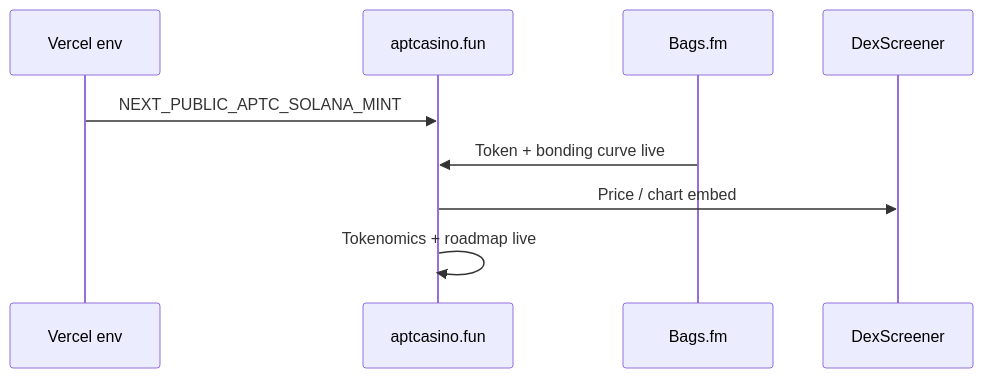
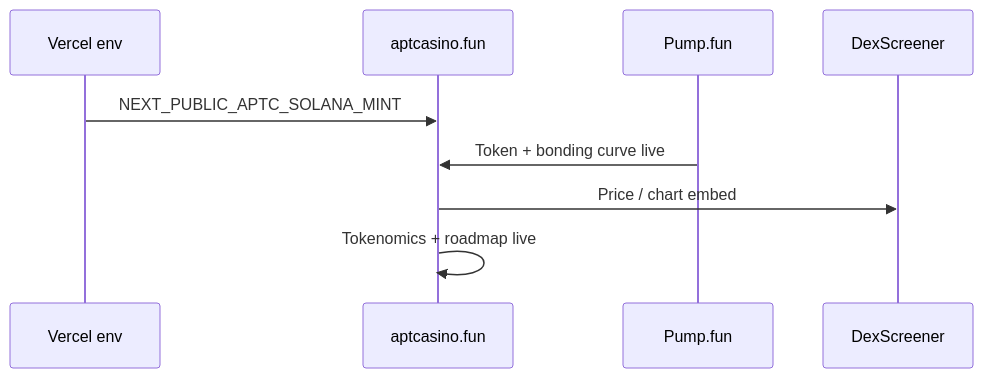
Before and after one commit to AmaanSayyad/apt-casino: the first of 4 diagrams in mainnet.md, drawn with Mermaid. The commit also changed other lines of this file and 33 other files, not shown here.

First line of the commit message:
Migrate APTC launch from Bags.fm to Pump.fun default mode.

````diff
--- a/mainnet.md
+++ b/mainnet.md
@@ -23,12 +21,12 @@
 ```mermaid
 sequenceDiagram
     participant Env as Vercel env
     participant Site as aptcasino.fun
-    participant B as Bags.fm
+    participant P as Pump.fun
     participant DS as DexScreener
 
     Env->>Site: NEXT_PUBLIC_APTC_SOLANA_MINT
-    B->>Site: Token + bonding curve live
+    P->>Site: Token + bonding curve live
     Site->>DS: Price / chart embed
     Site->>Site: Tokenomics + roadmap live
 ```
````
